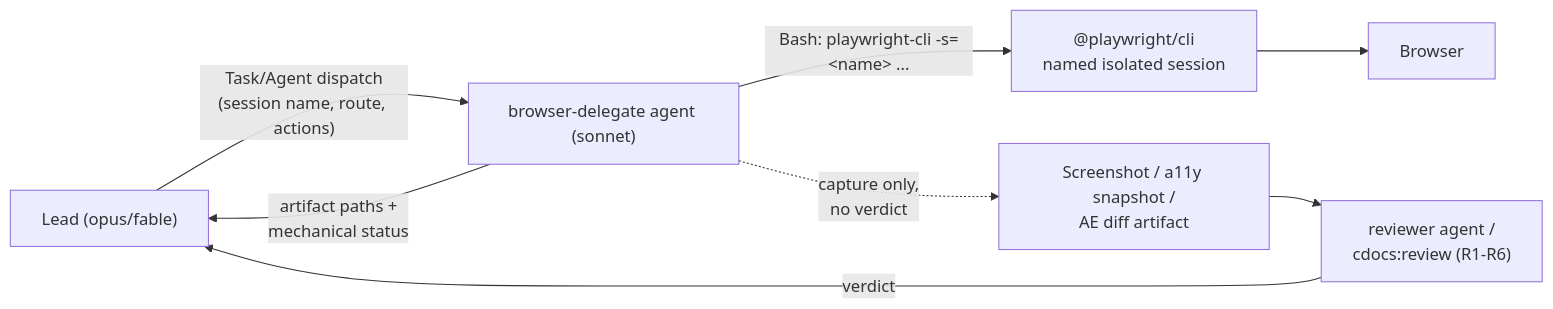
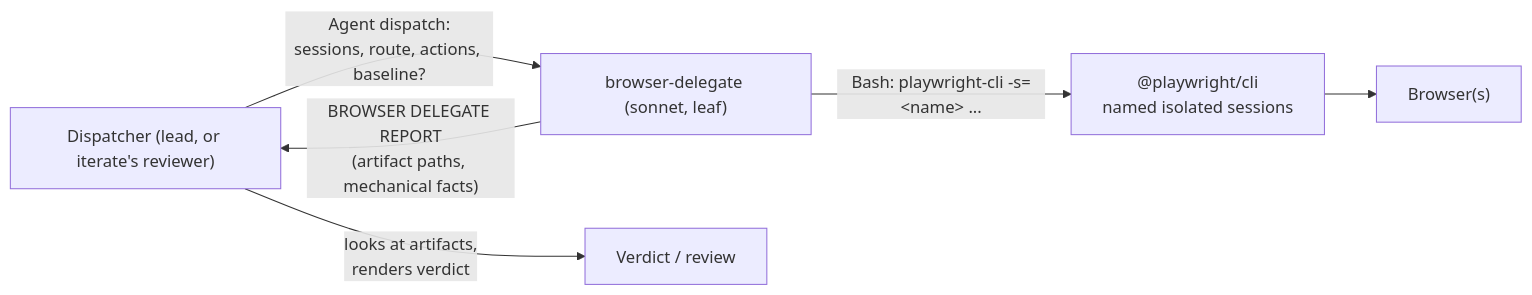
The first of 2 diagrams in cdocs/proposals/2026-09-17-browser-delegation-plugin.md (weftwiseink/clauthier), drawn with Mermaid before and after one commit. The commit also changed other lines of this file, not shown here.

First line of the commit message:
docs(browser-delegation): revise proposal for r2 staleness findings

````diff
--- a/cdocs/proposals/2026-09-17-browser-delegation-plugin.md
+++ b/cdocs/proposals/2026-09-17-browser-delegation-plugin.md
@@ -90,10 +96,8 @@
 ```mermaid
 flowchart LR
-  L["Lead (opus/fable)"] -- "Task/Agent dispatch\n(session name, route, actions)" --> D["browser-delegate agent (sonnet)"]
-  D -- "Bash: playwright-cli -s=&lt;name&gt; ..." --> P["@playwright/cli\nnamed isolated session"]
-  P --> B["Browser"]
-  D -- "artifact paths +\nmechanical status" --> L
-  D -. "capture only,\nno verdict" .-> A["Screenshot / a11y snapshot /\nAE diff artifact"]
-  A --> R["reviewer agent /\ncdocs:review (R1-R6)"]
-  R -- "verdict" --> L
+  L["Dispatcher (lead, or iterate's reviewer)"] -- "Agent dispatch:\nsessions, route, actions, baseline?" --> D["browser-delegate (sonnet, leaf)"]
+  D -- "Bash: playwright-cli -s=&lt;name&gt; ..." --> P["@playwright/cli\nnamed isolated sessions"]
+  P --> B["Browser(s)"]
+  D -- "BROWSER DELEGATE REPORT\n(artifact paths, mechanical facts)" --> L
+  L -- "looks at artifacts,\nrenders verdict" --> V["Verdict / review"]
 ```
````
